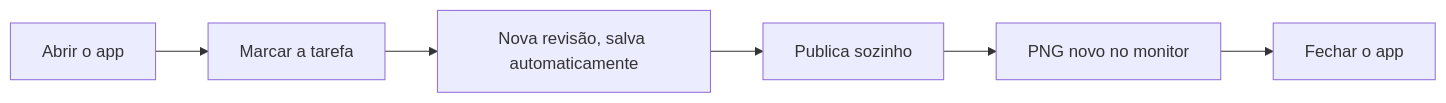
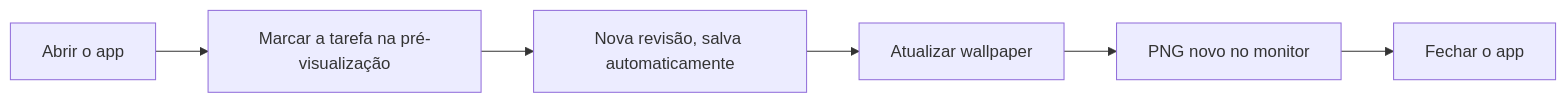
Before and after one commit to Sakamoto0110/WallpaperEditor: the diagram in docs/01-visao-do-produto.md, drawn with Mermaid. The commit also changed other lines of this file and 36 other files, not shown here.

````diff
--- a/docs/01-visao-do-produto.md
+++ b/docs/01-visao-do-produto.md
@@ -81,8 +99,8 @@
 ```mermaid
 graph LR
-    A["Abrir o app"] --> B["Marcar a tarefa"]
+    A["Abrir o app"] --> B["Marcar a tarefa na pré-visualização"]
     B --> C["Nova revisão, salva automaticamente"]
-    C --> D["Publica sozinho"]
+    C --> D["Atualizar wallpaper"]
     D --> E["PNG novo no monitor"]
     E --> F["Fechar o app"]
 ```
````
